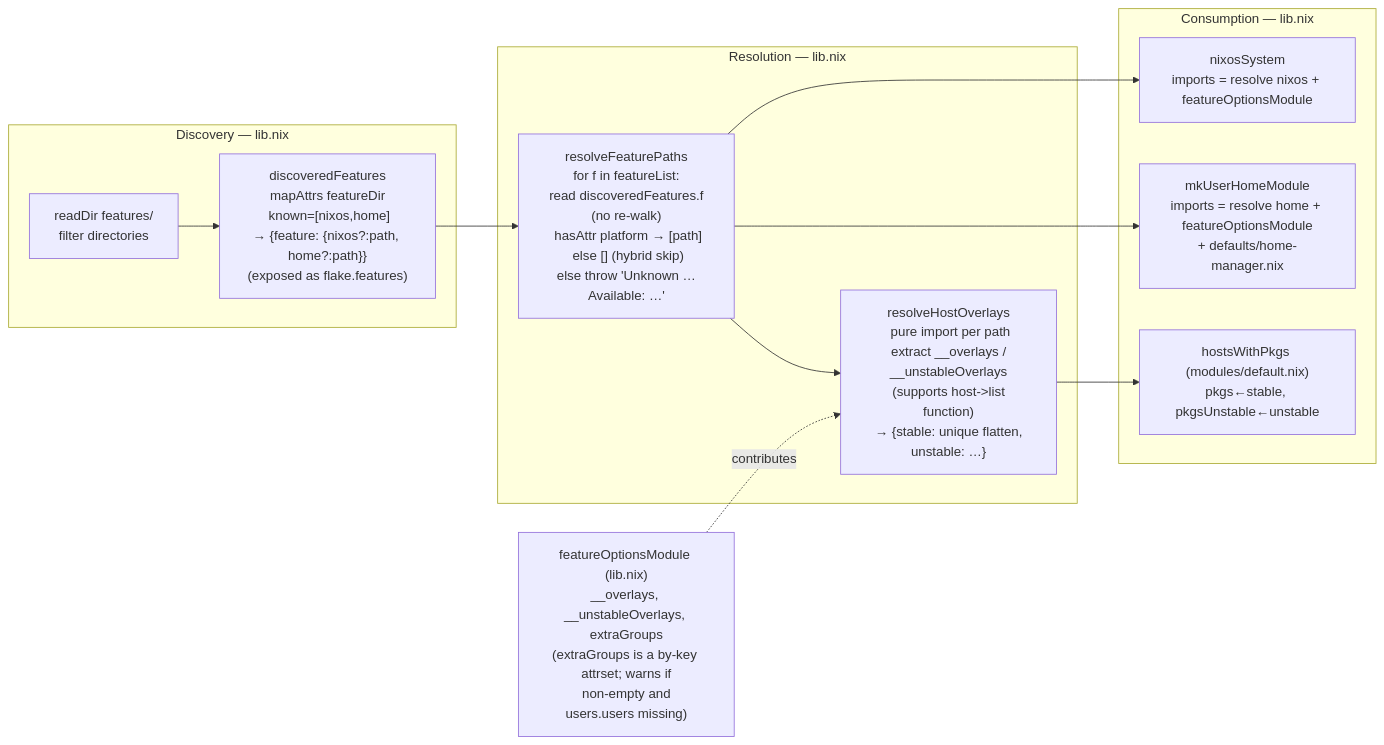
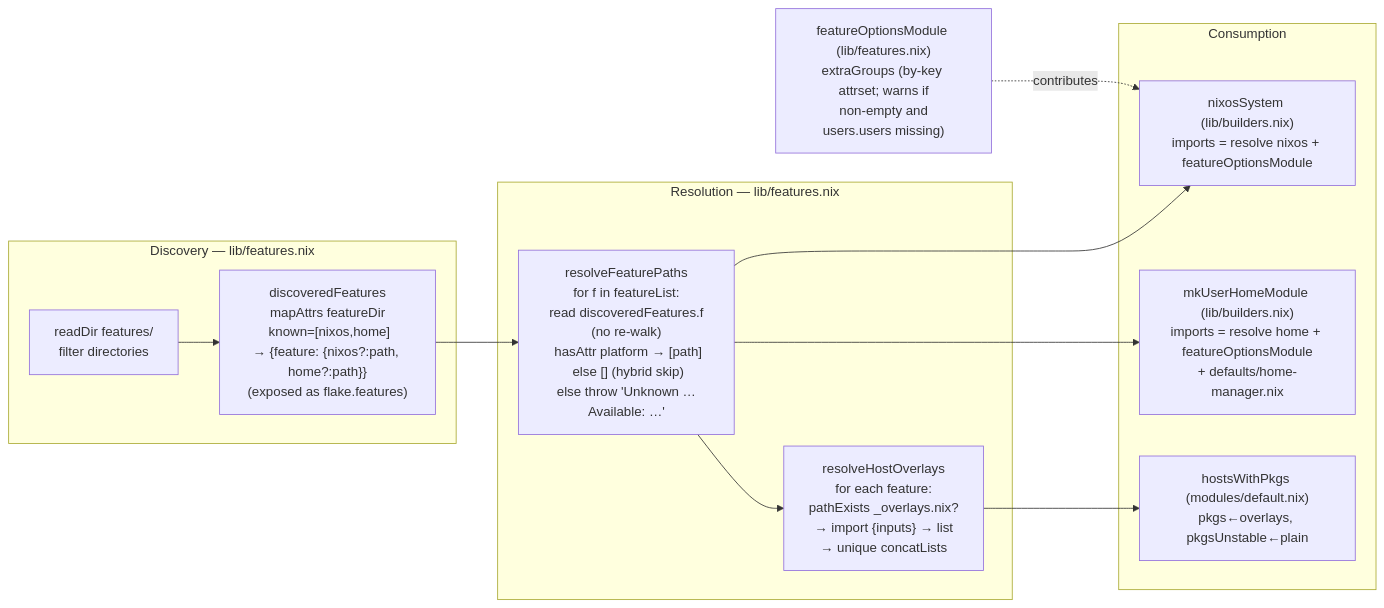
The fourth of 7 diagrams in DESIGN.md (WombatFromHell/automatic-palm-tree), drawn with Mermaid before and after one commit. The commit also changed other lines of this file and 1 other file, not shown here.

````diff
--- a/DESIGN.md
+++ b/DESIGN.md
@@ -128,21 +143,21 @@
 ```mermaid
 flowchart LR
-    subgraph Discover ["Discovery — lib.nix"]
+    subgraph Discover ["Discovery — lib/features.nix"]
         scan["readDir features/\nfilter directories"] --> map["discoveredFeatures\nmapAttrs featureDir\n known=[nixos,home]\n→ {feature: {nixos?:path, home?:path}}\n(exposed as flake.features)"]
     end
-    subgraph Resolve ["Resolution — lib.nix"]
+    subgraph Resolve ["Resolution — lib/features.nix"]
         resolve["resolveFeaturePaths\nfor f in featureList:\n read discoveredFeatures.f (no re-walk)\n hasAttr platform → [path]\n else [] (hybrid skip)\n else throw 'Unknown … Available: …'"]
-        collect["resolveHostOverlays\n pure import per path\n extract __overlays / __unstableOverlays\n (supports host->list function)\n → {stable: unique flatten, unstable: …}"]
+        collect["resolveHostOverlays\n for each feature:\n pathExists _overlays.nix?\n → import {inputs} → list\n → unique concatLists"]
         resolve --> collect
     end
-    subgraph Consume ["Consumption — lib.nix"]
-        nixosUse["nixosSystem\nimports = resolve nixos + featureOptionsModule"]
-        hmUse["mkUserHomeModule\nimports = resolve home + featureOptionsModule\n+ defaults/home-manager.nix"]
-        pkgsUse["hostsWithPkgs (modules/default.nix)\npkgs←stable, pkgsUnstable←unstable"]
+    subgraph Consume ["Consumption"]
+        nixosUse["nixosSystem (lib/builders.nix)\nimports = resolve nixos + featureOptionsModule"]
+        hmUse["mkUserHomeModule (lib/builders.nix)\nimports = resolve home + featureOptionsModule\n+ defaults/home-manager.nix"]
+        pkgsUse["hostsWithPkgs (modules/default.nix)\npkgs←overlays, pkgsUnstable←plain"]
     end
     map --> resolve
     collect --> pkgsUse
     resolve --> nixosUse & hmUse
 
-    featOpt["featureOptionsModule (lib.nix)\n__overlays, __unstableOverlays, extraGroups\n(extraGroups is a by-key attrset; warns if\n non-empty and users.users missing)"] -. contributes .-> collect
+    featOpt["featureOptionsModule (lib/features.nix)\nextraGroups (by-key attrset; warns if\n non-empty and users.users missing)"] -. contributes .-> nixosUse
 ```
````
